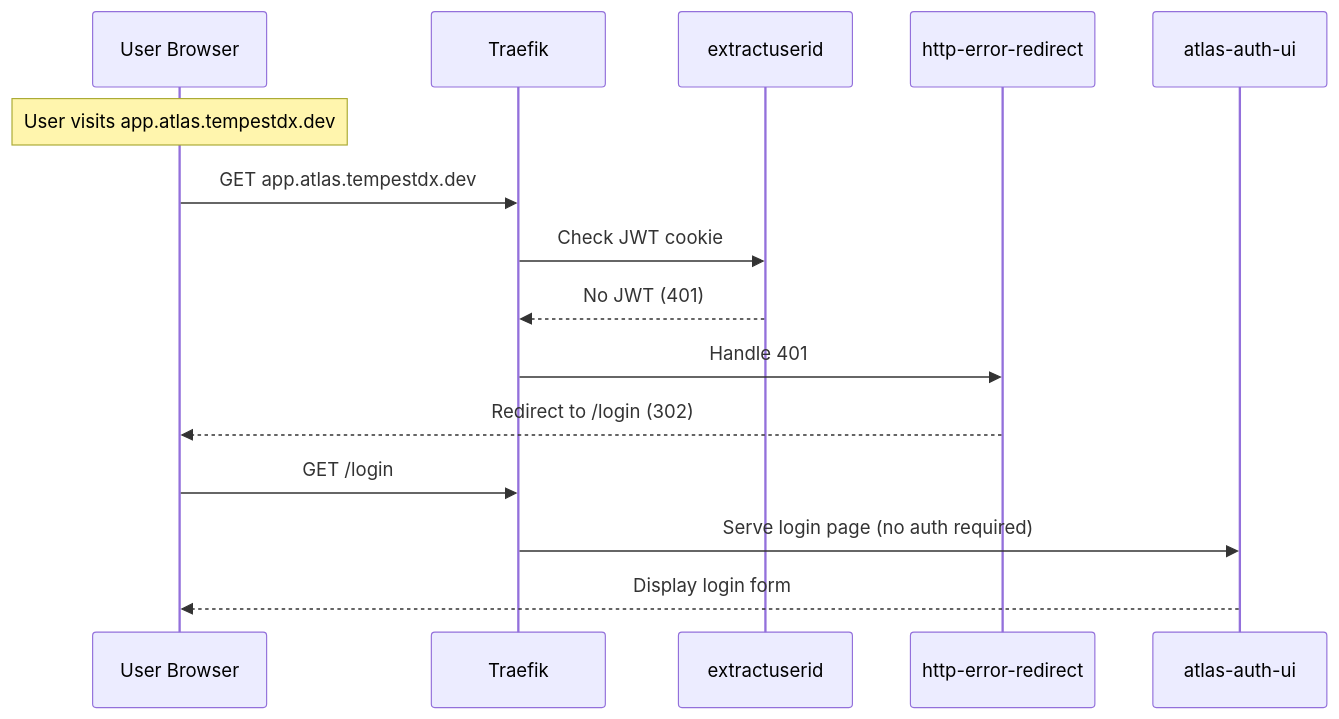
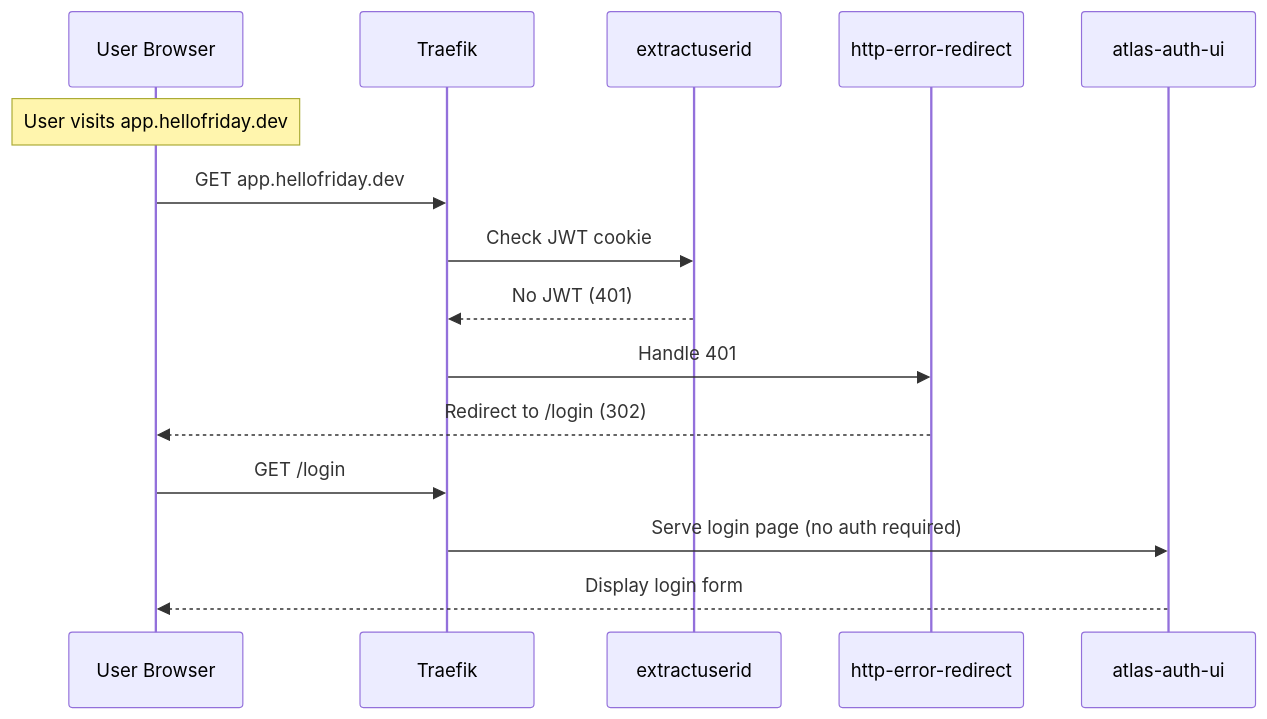
The second of 10 diagrams in docs/ATLAS_AUTH_USER_JOURNEY.md (friday-platform/friday-studio), drawn with Mermaid before and after one commit. The commit also changed other lines of this file and 20 other files, not shown here.

First line of the commit message:
chore: rebrand domains from tempestdx to hellofriday (#1223)

````diff
--- a/docs/ATLAS_AUTH_USER_JOURNEY.md
+++ b/docs/ATLAS_AUTH_USER_JOURNEY.md
@@ -48,20 +48,20 @@
 ```mermaid
 sequenceDiagram
     participant U as User Browser
     participant T as Traefik
     participant E as extractuserid
     participant R as http-error-redirect
     participant A as atlas-auth-ui
 
-    Note over U: User visits app.atlas.tempestdx.dev
+    Note over U: User visits app.hellofriday.dev
 
-    U->>T: GET app.atlas.tempestdx.dev
+    U->>T: GET app.hellofriday.dev
     T->>E: Check JWT cookie
     E-->>T: No JWT (401)
     T->>R: Handle 401
     R-->>U: Redirect to /login (302)
 
     U->>T: GET /login
     T->>A: Serve login page (no auth required)
     A-->>U: Display login form
 ```
````
